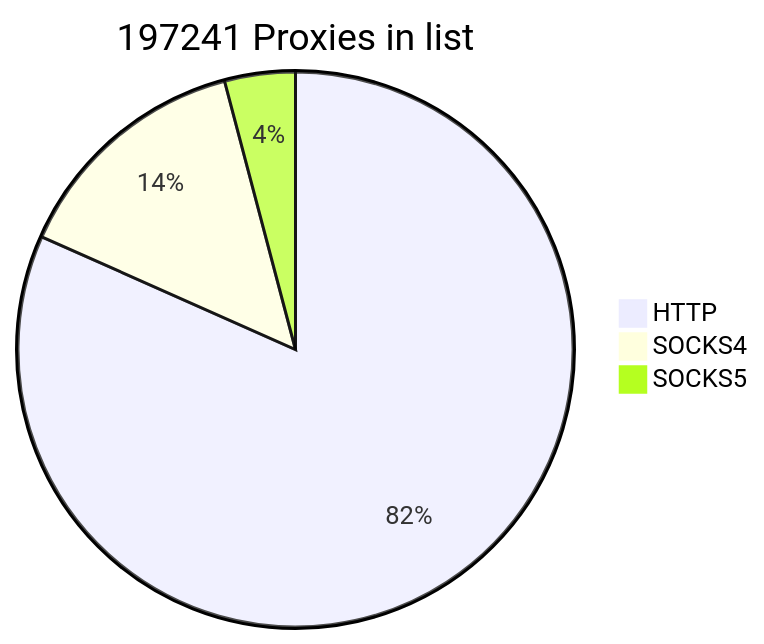
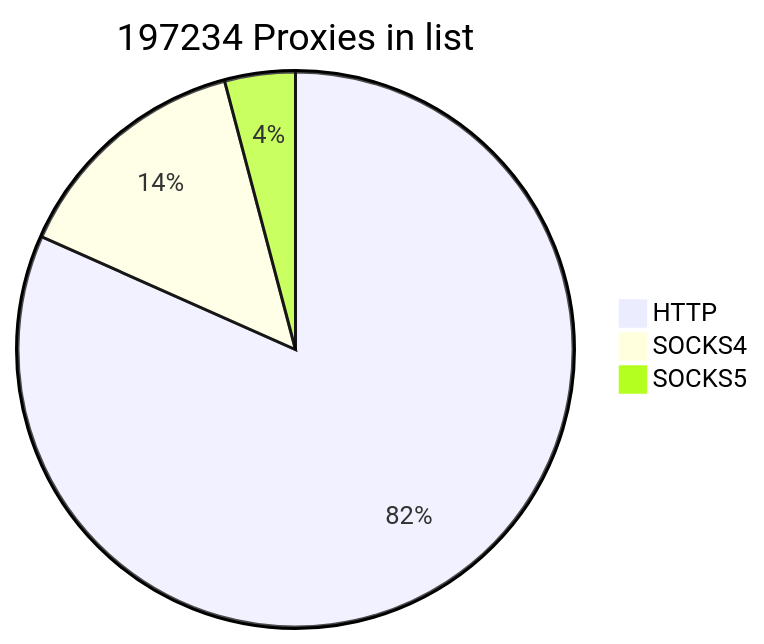
One commit to cutipu/proxylist changed the first of 2 diagrams in README.md. Above: the diagram before and after it, drawn with Mermaid. The commit also changed other lines of this file, not shown here.

````diff
--- a/README.md
+++ b/README.md
@@ -2,7 +2,7 @@
 ```mermaid
-pie title 197241 Proxies in list
-    "HTTP" : 161049
+pie title 197234 Proxies in list
+    "HTTP" : 161048
     "SOCKS4" : 28080
-    "SOCKS5" : 8112
+    "SOCKS5" : 8106
             
 ```
````
